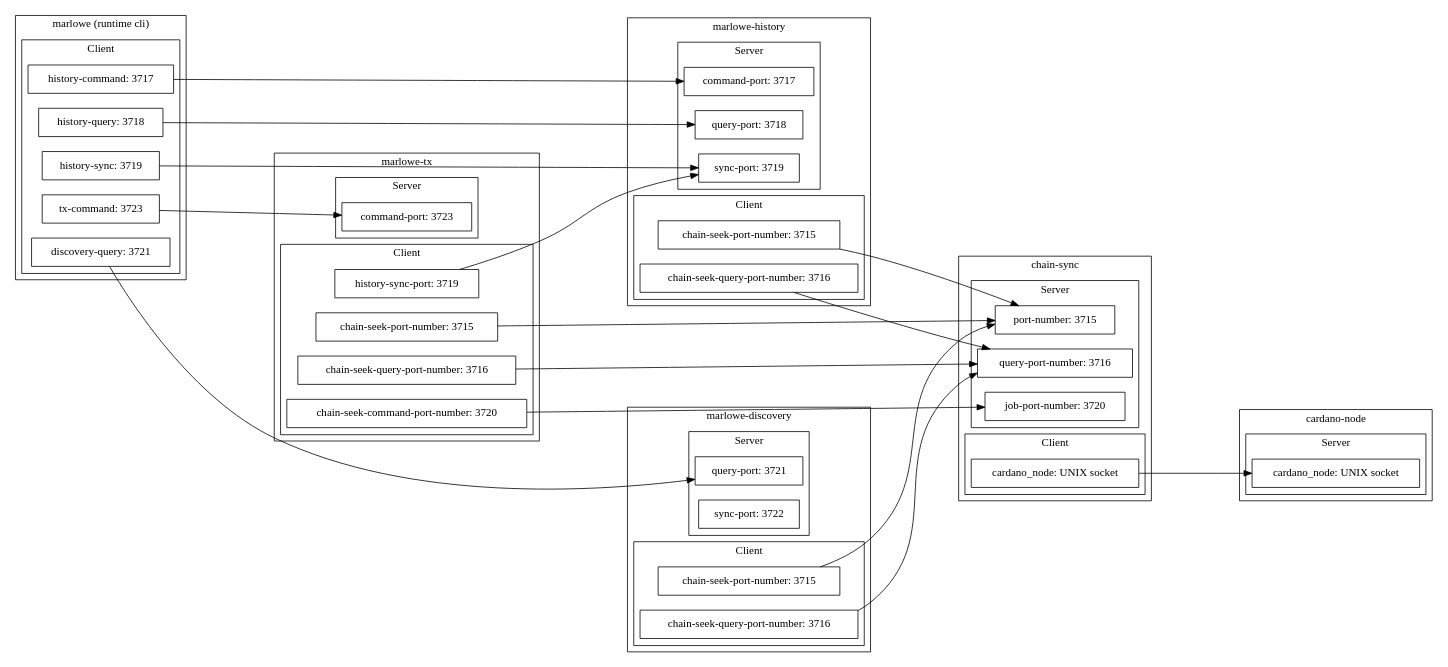
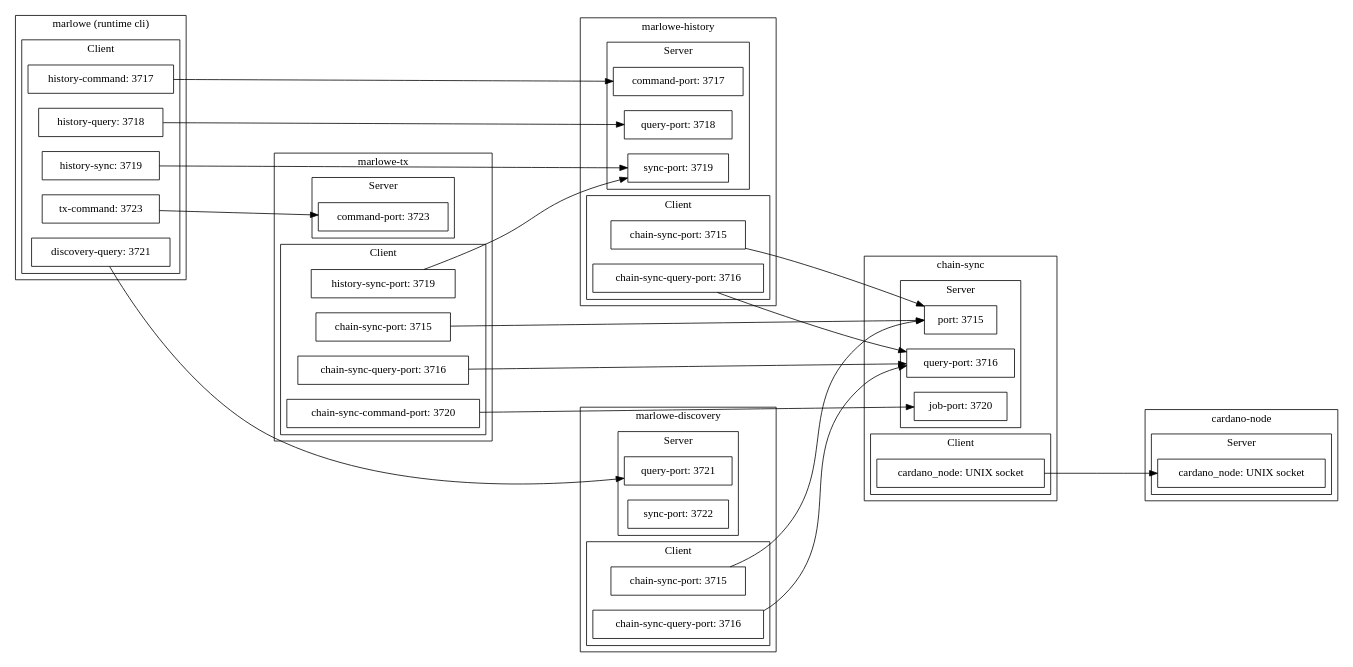
The diagram in marlowe-runtime/doc/diagrams/components.dot (input-output-hk/marlowe-cardano), drawn with Graphviz before and after one commit. The commit also changed 62 other files, not shown here.

First line of the commit message:
SCP-4532 Migrated `chainseed` to `marlowe-chain-sync`.

```diff
--- a/marlowe-runtime/doc/diagrams/components.dot
+++ b/marlowe-runtime/doc/diagrams/components.dot
@@ -1,104 +1,104 @@
 digraph {
   rankdir=LR
   ranksep="2.0"
   ordering=out
   node [shape=record]; 
   subgraph cluster_cardano_node {
     label = "cardano-node";
     subgraph cluster_cardano_node_inp {
       label = "Server" ; 
       cn_unix_socket [ label= "cardano_node: UNIX socket" ];
     }
     subgraph cluster_cardano_node_out {
       label = "Client";
     }
   }
 
-  subgraph cluster_chain_seek {
+  subgraph cluster_chain_sync {
     label = "chain-sync"
-    subgraph cluster_chain_seek_inp {
+    subgraph cluster_chain_sync_inp {
       label = "Server"; 
-      cs_port_number [ label= "port-number: 3715" ];
-      cs_query_port_number [ label= "query-port-number: 3716" ];
-      cs_job_port_number [ label= "job-port-number: 3720" ];
+      cs_port_number [ label= "port: 3715" ];
+      cs_query_port_number [ label= "query-port: 3716" ];
+      cs_job_port_number [ label= "job-port: 3720" ];
     }
-    subgraph cluster_chain_seek_out {
+    subgraph cluster_chain_sync_out {
       label = "Client";
       cs_cn_unix_socket [ label= "cardano_node: UNIX socket"];
     }
    }
 
    subgraph cluster_marlowe_history {
     label = "marlowe-history";
     subgraph cluster_marlowe_history_inp {
       label = "Server" ; 
       mh_command_port [ label= "command-port: 3717" ];
       mh_query_port [ label= "query-port: 3718" ];
       mh_sync_port [ label= "sync-port: 3719" ];
     }
     subgraph cluster_marlowe_history_out {
       label = "Client";
-      mh_cs_port_number [ label= "chain-seek-port-number: 3715" ];
-      mh_cs_query_server [ label= "chain-seek-query-port-number: 3716" ];
+      mh_cs_port_number [ label= "chain-sync-port: 3715" ];
+      mh_cs_query_server [ label= "chain-sync-query-port: 3716" ];
     }
    }
 
    subgraph cluster_marlowe_tx {
     label = "marlowe-tx";
     subgraph cluster_marlowe_tx_inp {
       label = "Server" ; 
       mt_command_port [ label= "command-port: 3723" ];
     }
     subgraph cluster_marlowe_tx_out {
       label = "Client";
-      mt_cs_port_number [ label= "chain-seek-port-number: 3715" ];
-      mt_cs_query_server [ label= "chain-seek-query-port-number: 3716" ];
-      mt_cs_command_port [ label= "chain-seek-command-port-number: 3720" ];
+      mt_cs_port_number [ label= "chain-sync-port: 3715" ];
+      mt_cs_query_server [ label= "chain-sync-query-port: 3716" ];
+      mt_cs_command_port [ label= "chain-sync-command-port: 3720" ];
       mt_mh_history_sync_port [ label= "history-sync-port: 3719" ];
     }
    }
 
    subgraph cluster_marlowe_discovery {
     label = "marlowe-discovery";
     subgraph cluster_marlowe_discovery_inp {
       label = "Server" ; 
       md_query_port [ label= "query-port: 3721" ];
       md_sync_server [ label= "sync-port: 3722" ];
     }
     subgraph cluster_marlowe_discovery_out {
       label = "Client";
-      md_cs_port_number [ label= "chain-seek-port-number: 3715" ];
-      md_cs_query_server [ label= "chain-seek-query-port-number: 3716" ];
+      md_cs_port_number [ label= "chain-sync-port: 3715" ];
+      md_cs_query_server [ label= "chain-sync-query-port: 3716" ];
     }
    }
 
    subgraph cluster_marlowe {
     label = "marlowe (runtime cli)";
     subgraph cluster_marlowe_inp {
       label = "Server" ; 
     }
     subgraph cluster_marlowe_out {
       label = "Client";
       m_history_command [ label= "history-command: 3717" ];
       m_history_query [ label= "history-query: 3718" ];
       m_history_sync [ label= "history-sync: 3719" ];
       m_discovery_query [ label= "discovery-query: 3721" ];
       m_tx_command [ label= "tx-command: 3723" ];
     }
    }
 
   cs_cn_unix_socket -> cn_unix_socket;
   mh_cs_port_number -> cs_port_number;
   mh_cs_query_server -> cs_query_port_number;
   mt_cs_port_number -> cs_port_number;
   mt_cs_query_server -> cs_query_port_number;
   mt_cs_command_port -> cs_job_port_number;
   mt_mh_history_sync_port -> mh_sync_port;
   md_cs_port_number -> cs_port_number;
   md_cs_query_server -> cs_query_port_number;
   m_history_command -> mh_command_port;
   m_history_query -> mh_query_port;
   m_history_sync -> mh_sync_port;
   m_discovery_query -> md_query_port;
   m_tx_command -> mt_command_port;
 }
```
